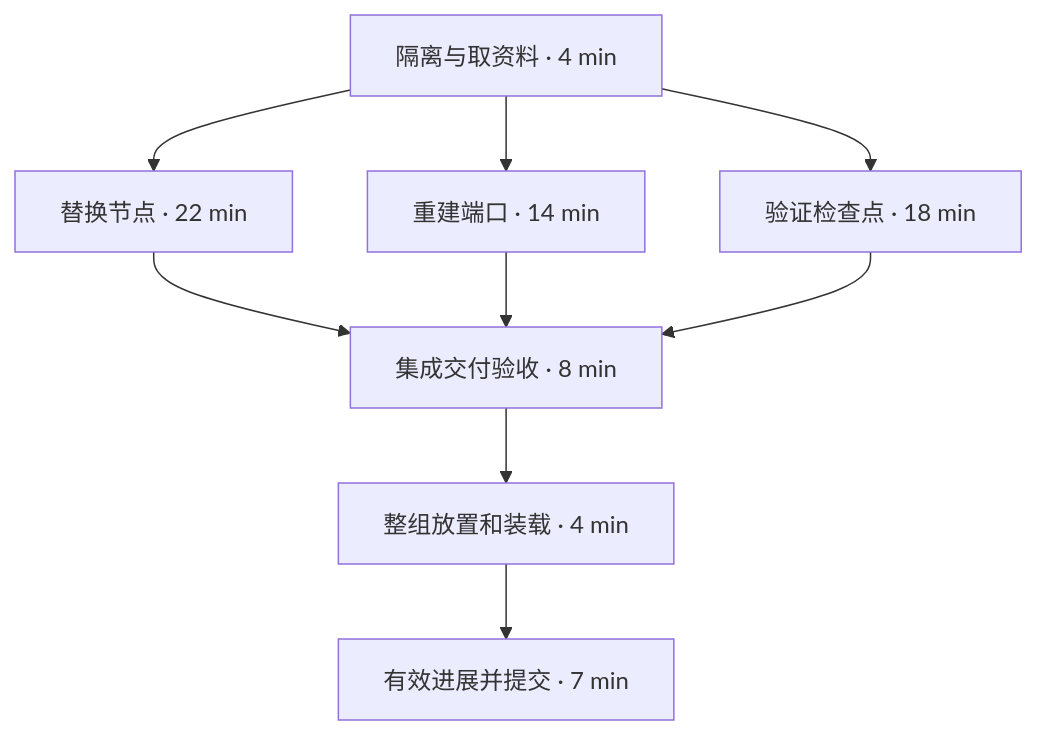
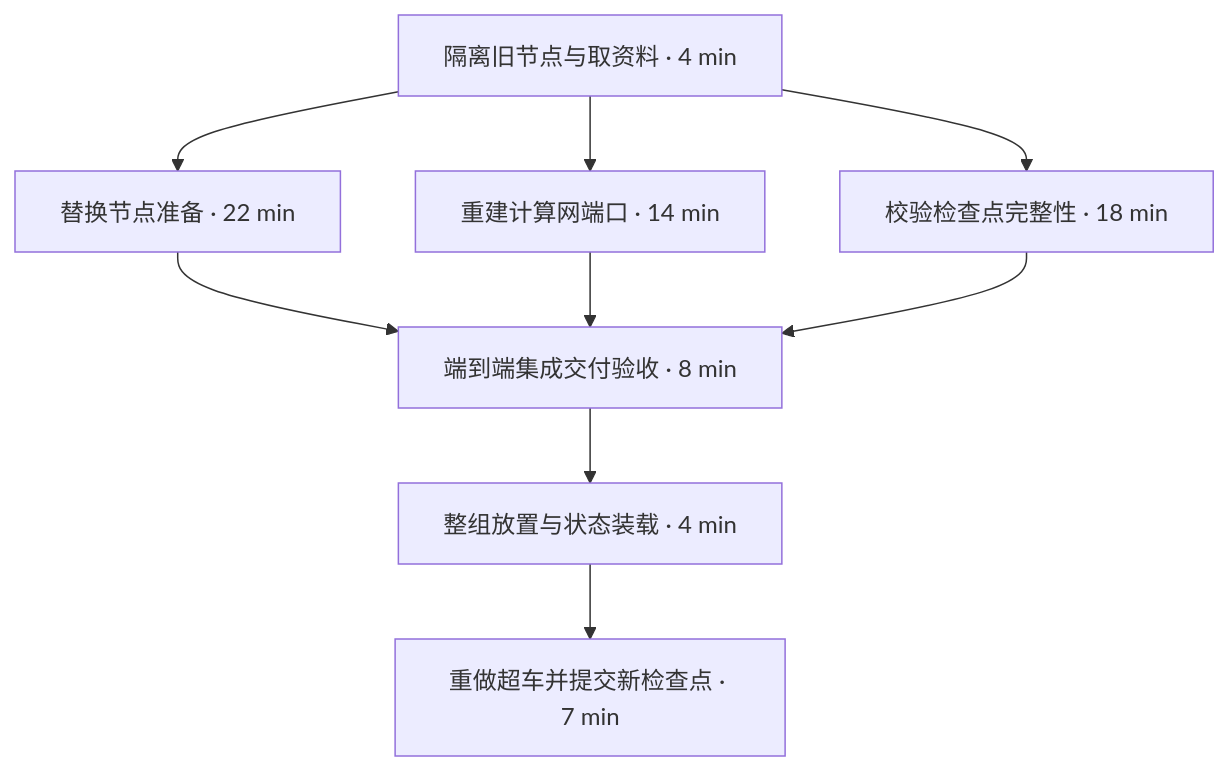
The diagram in AI-Infra/19_节点交付、版本变更与集群持续运行/05_恢复资料、检查点与恢复时间预算.md (realtyz/ops-manual), drawn with Mermaid before and after one commit. The commit also changed other lines of this file and 194 other files, not shown here.

````diff
--- a/AI-Infra/19_节点交付、版本变更与集群持续运行/05_恢复资料、检查点与恢复时间预算.md
+++ b/AI-Infra/19_节点交付、版本变更与集群持续运行/05_恢复资料、检查点与恢复时间预算.md
@@ -48,11 +119,12 @@
 ```mermaid
 flowchart TD
-    S["隔离与取资料 · 4 min"] --> H["替换节点 · 22 min"]
-    S --> N["重建端口 · 14 min"]
-    S --> D["验证检查点 · 18 min"]
-    H --> V["集成交付验收 · 8 min"]
+    accDescr: 替换节点与训练恢复的关键路径依赖图。前置隔离与取资料 4 min 后，替换节点 22 min、重建端口 14 min 与验证检查点 18 min 三个分支并行执行，三者全部汇合后依次串行执行集成交付验收 8 min、整组放置与装载 4 min 及有效进展并提交 7 min。
+    S["隔离旧节点与取资料 · 4 min"] --> H["替换节点准备 · 22 min"]
+    S --> N["重建计算网端口 · 14 min"]
+    S --> D["校验检查点完整性 · 18 min"]
+    H --> V["端到端集成交付验收 · 8 min"]
     N --> V
     D --> V
-    V --> L["整组放置和装载 · 4 min"]
-    L --> P["有效进展并提交 · 7 min"]
+    V --> L["整组放置与状态装载 · 4 min"]
+    L --> P["重做超车并提交新检查点 · 7 min"]
 ```
````
